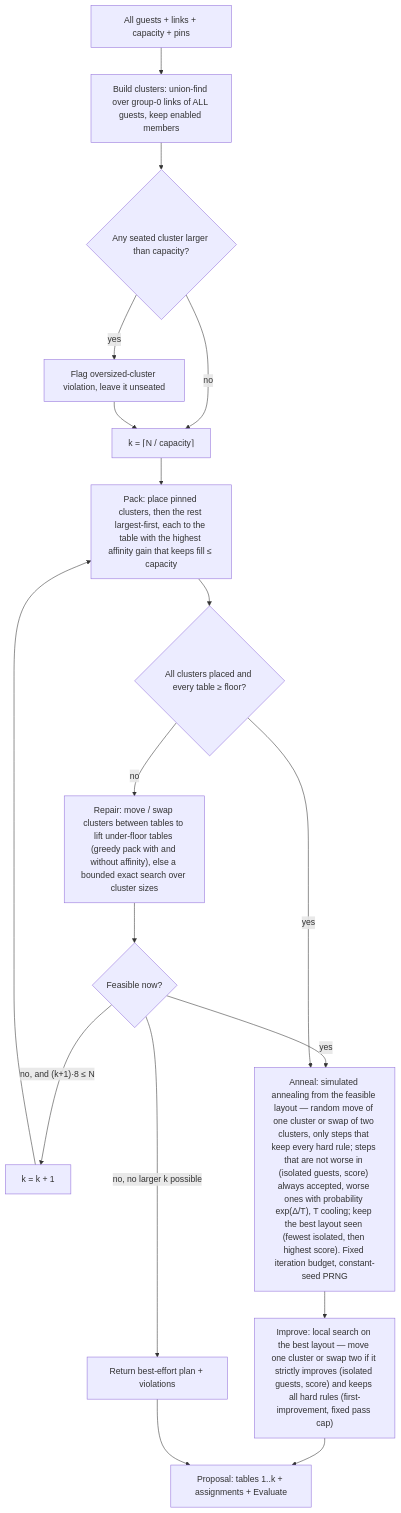
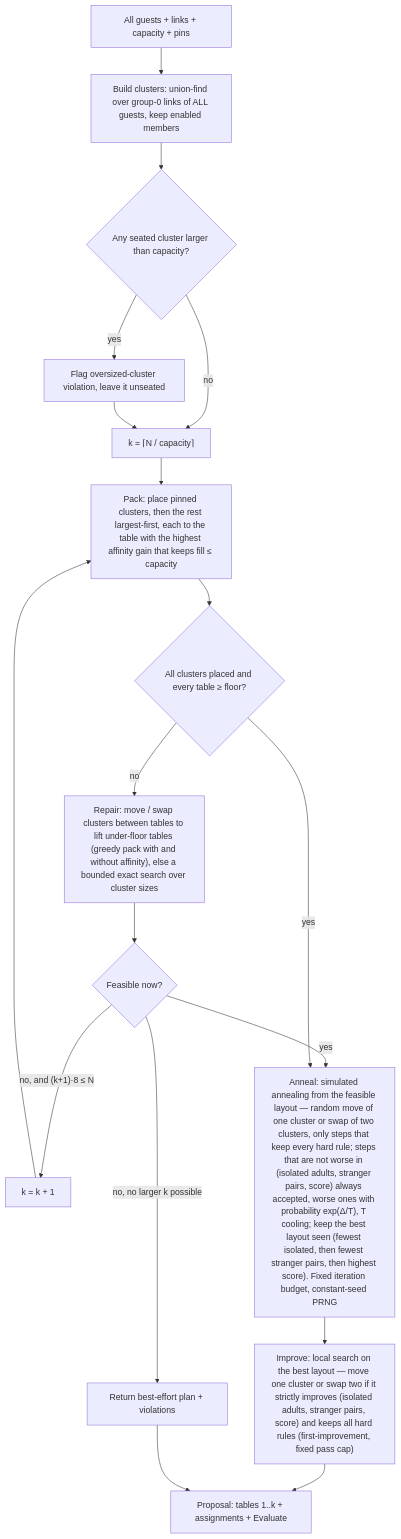
One commit to emicon123/wedding-seating-planner changed the second of 3 diagrams in docs/architecture/03-seating-model.md. Above: the diagram before and after it, drawn with Mermaid. The commit also changed other lines of this file and 5 other files, not shown here.

First line of the commit message:
docs(architecture): avoid strangers objective and missing-links report (task 015, phase A)

````diff
--- a/docs/architecture/03-seating-model.md
+++ b/docs/architecture/03-seating-model.md
@@ -172,19 +233,19 @@
 ```mermaid
 flowchart TD
     A[All guests + links + capacity + pins] --> B["Build clusters: union-find over group-0 links of ALL guests, keep enabled members"]
     B --> C{"Any seated cluster larger than capacity?"}
     C -- yes --> C1["Flag oversized-cluster violation, leave it unseated"]
     C -- no --> D
     C1 --> D["k = ⌈N / capacity⌉"]
     D --> E["Pack: place pinned clusters, then the rest largest-first, each to the table with the highest affinity gain that keeps fill ≤ capacity"]
     E --> F{"All clusters placed and every table ≥ floor?"}
     F -- no --> G["Repair: move / swap clusters between tables to lift under-floor tables (greedy pack with and without affinity), else a bounded exact search over cluster sizes"]
     G --> H{Feasible now?}
     H -->|"no, and (k+1)·8 ≤ N"| I[k = k + 1] --> E
     H -->|"no, no larger k possible"| R[Return best-effort plan + violations]
     H -- yes --> J
-    F -- yes --> J["Anneal: simulated annealing from the feasible layout — random move of one cluster or swap of two clusters, only steps that keep every hard rule; steps that are not worse in (isolated guests, score) always accepted, worse ones with probability exp(Δ/T), T cooling; keep the best layout seen (fewest isolated, then highest score). Fixed iteration budget, constant-seed PRNG"]
-    J --> J2["Improve: local search on the best layout — move one cluster or swap two if it strictly improves (isolated guests, score) and keeps all hard rules (first-improvement, fixed pass cap)"]
+    F -- yes --> J["Anneal: simulated annealing from the feasible layout — random move of one cluster or swap of two clusters, only steps that keep every hard rule; steps that are not worse in (isolated adults, stranger pairs, score) always accepted, worse ones with probability exp(Δ/T), T cooling; keep the best layout seen (fewest isolated, then fewest stranger pairs, then highest score). Fixed iteration budget, constant-seed PRNG"]
+    J --> J2["Improve: local search on the best layout — move one cluster or swap two if it strictly improves (isolated adults, stranger pairs, score) and keeps all hard rules (first-improvement, fixed pass cap)"]
     J2 --> K["Proposal: tables 1..k + assignments + Evaluate"]
     R --> K
 ```
````
